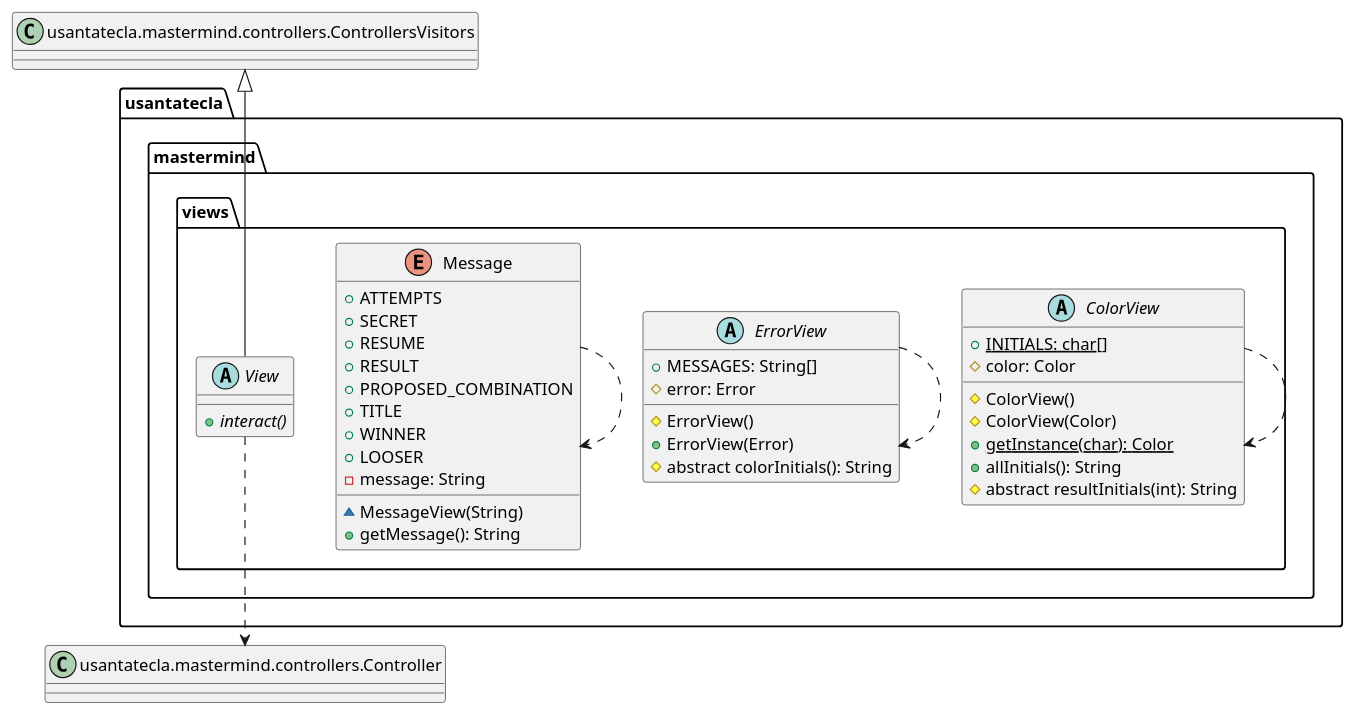
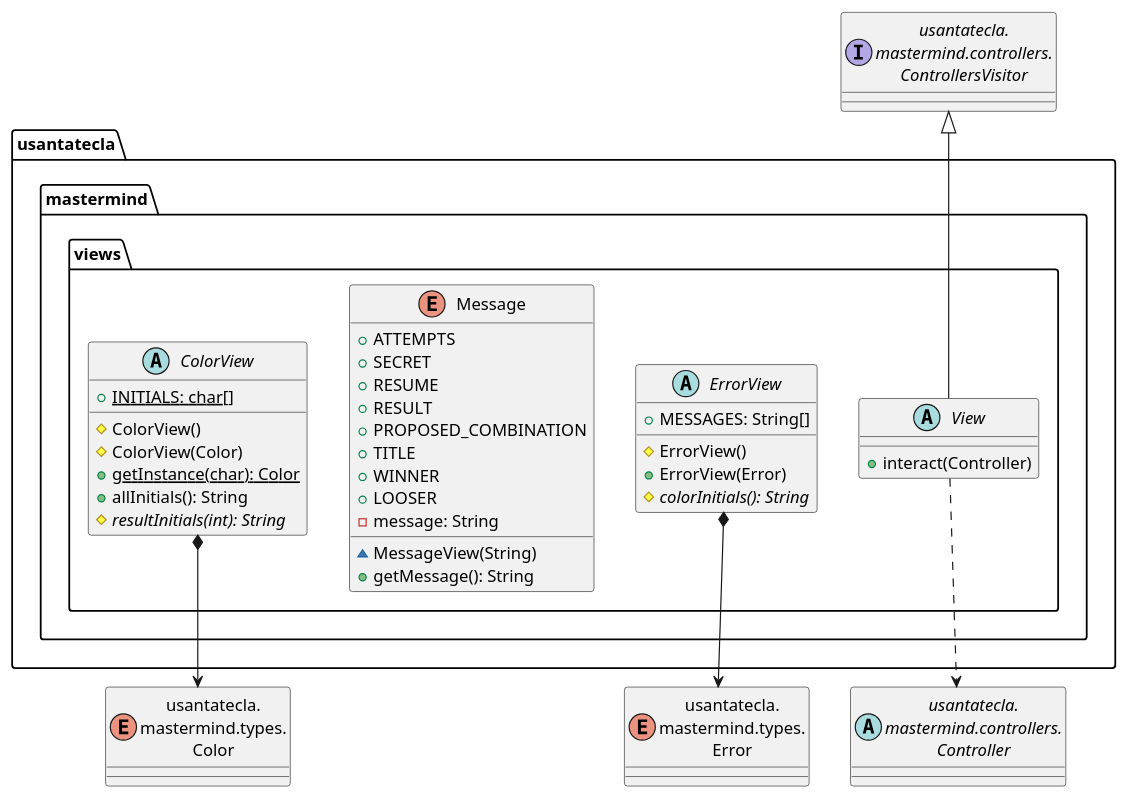
Before and after one commit to SantaTecla-mastermind/solution.java.swing.socket.sql: the second of 7 diagrams in modelViewPresenter/presentationModel/withDoubleDispatching/docs/diagrams/src/paquetes.plantuml, drawn with PlantUML. The commit also changed other lines of this file and 27 other files, not shown here.

Commit message:
[mvp.pm.withDoubleDispatching] Fixed code + diagrams + readme

```diff
--- a/modelViewPresenter/presentationModel/withDoubleDispatching/docs/diagrams/src/paquetes.plantuml
+++ b/modelViewPresenter/presentationModel/withDoubleDispatching/docs/diagrams/src/paquetes.plantuml
@@ -37,52 +33,45 @@
 @startuml usantatecla.mastermind.views
- abstract class  usantatecla.mastermind.views.ColorView{
-+ {static} INITIALS: char[]
-# color: Color
-# ColorView()
-# ColorView(Color)
-+ {static} getInstance(char): Color
-+ allInitials(): String
-# abstract resultInitials(int): String
+interface ControllersVisitor as "usantatecla.\nmastermind.controllers.\nControllersVisitor"
+abstract class Controller as "usantatecla.\nmastermind.controllers.\nController"
+enum Color as "usantatecla.\nmastermind.types.\nColor"
+enum Error as "usantatecla.\nmastermind.types.\nError"
+
+abstract class  usantatecla.mastermind.views.ColorView{
+    + {static} INITIALS: char[]
+    # ColorView()
+    # ColorView(Color)
+    + {static} getInstance(char): Color
+    + allInitials(): String
+    # {abstract} resultInitials(int): String
 }
+usantatecla.mastermind.views.ColorView *-down-> Color
 
 abstract class  usantatecla.mastermind.views.ErrorView{
-+ MESSAGES: String[]
-# error: Error
-# ErrorView()
-+ ErrorView(Error)
-# abstract colorInitials(): String
+    + MESSAGES: String[]
+    # ErrorView()
+    + ErrorView(Error)
+    # {abstract} colorInitials(): String
 }
+usantatecla.mastermind.views.ErrorView *-down-> Error
 
- enum  usantatecla.mastermind.views.Message{
-+ ATTEMPTS
-+ SECRET
-+ RESUME
-+ RESULT
-+ PROPOSED_COMBINATION
-+ TITLE
-+ WINNER
-+ LOOSER
-- message: String
-~ MessageView(String)
-+ getMessage(): String
+enum  usantatecla.mastermind.views.Message{
+    + ATTEMPTS
+    + SECRET
+    + RESUME
+    + RESULT
+    + PROPOSED_COMBINATION
+    + TITLE
+    + WINNER
+    + LOOSER
+    - message: String
+    ~ MessageView(String)
+    + getMessage(): String
 }
 
 abstract class  usantatecla.mastermind.views.View{
-+ {abstract} interact()
+    + interact(Controller)
 }
-class ControllersVisitors as "usantatecla.mastermind.controllers.ControllersVisitors" {
+usantatecla.mastermind.views.View -up-|> ControllersVisitor
+usantatecla.mastermind.views.View .down.> Controller
 
-
-}
-
-class Controller as "usantatecla.mastermind.controllers.Controller" {
-
-
-}
-
-ControllersVisitors <|-down- usantatecla.mastermind.views.View
-usantatecla.mastermind.views.View ..> Controller
-usantatecla.mastermind.views.ColorView ..> usantatecla.mastermind.views.ColorView
-usantatecla.mastermind.views.ErrorView ..> usantatecla.mastermind.views.ErrorView
-usantatecla.mastermind.views.Message ..> usantatecla.mastermind.views.Message
 @enduml
```
